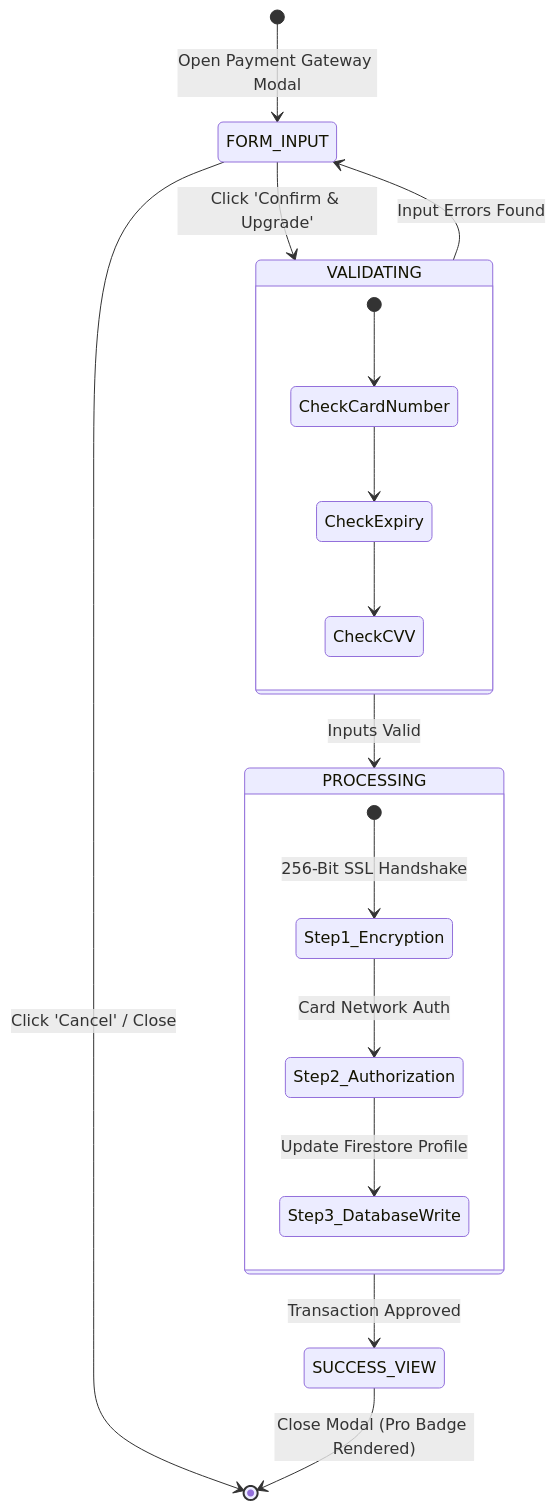
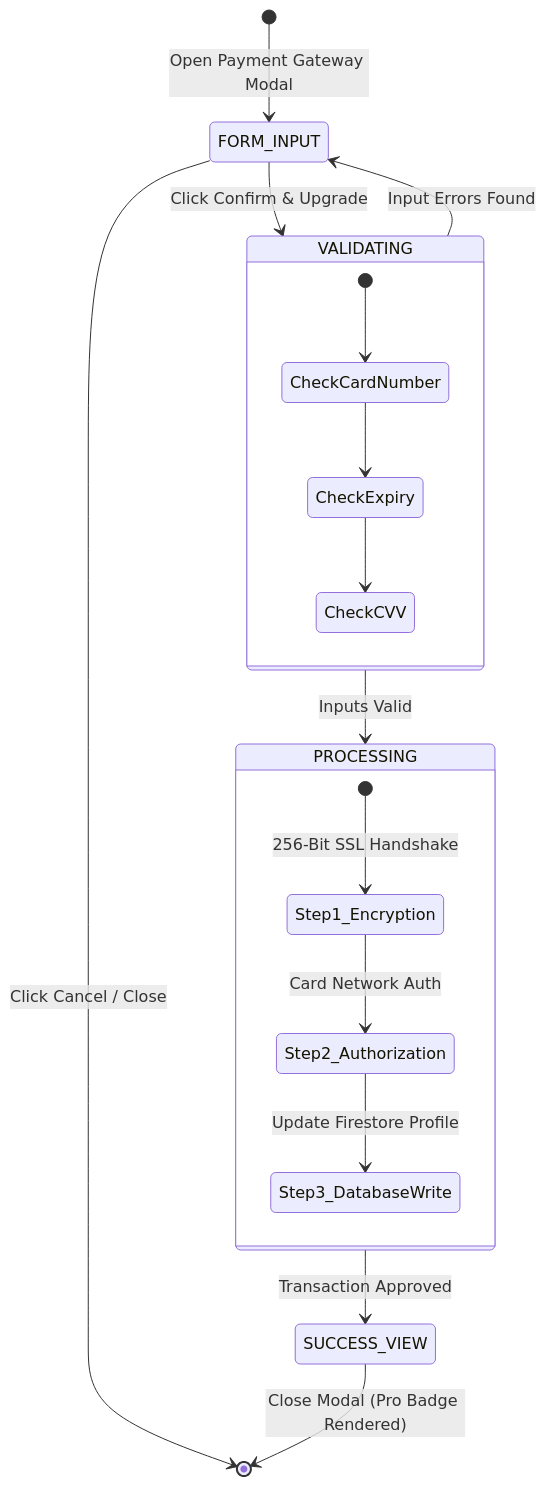
The fifth of 5 diagrams in README.md (shubhrgunjan/TJ-Tasks-2026-Shubhr-Gunjan), drawn with Mermaid before and after one commit. The commit also changed other lines of this file and 3 other files, not shown here.

Commit message:
fix: github mermaid diagram syntax, rich seeded test mode data with dynamic UIDs, and cache-busting custom SVG favicon

````diff
--- a/README.md
+++ b/README.md
@@ -135,25 +135,25 @@
 ```mermaid
 stateDiagram-v2
     [*] --> FORM_INPUT : Open Payment Gateway Modal
     
-    FORM_INPUT --> VALIDATING : Click 'Confirm & Upgrade'
-    FORM_INPUT --> [*] : Click 'Cancel' / Close
+    FORM_INPUT --> VALIDATING : Click Confirm & Upgrade
+    FORM_INPUT --> [*] : Click Cancel / Close
     
     state VALIDATING {
         [*] --> CheckCardNumber
         CheckCardNumber --> CheckExpiry
         CheckExpiry --> CheckCVV
     }
     
     VALIDATING --> PROCESSING : Inputs Valid
     VALIDATING --> FORM_INPUT : Input Errors Found
     
     state PROCESSING {
         [*] --> Step1_Encryption : 256-Bit SSL Handshake
         Step1_Encryption --> Step2_Authorization : Card Network Auth
         Step2_Authorization --> Step3_DatabaseWrite : Update Firestore Profile
     }
     
     PROCESSING --> SUCCESS_VIEW : Transaction Approved
     SUCCESS_VIEW --> [*] : Close Modal (Pro Badge Rendered)
 ```
````
